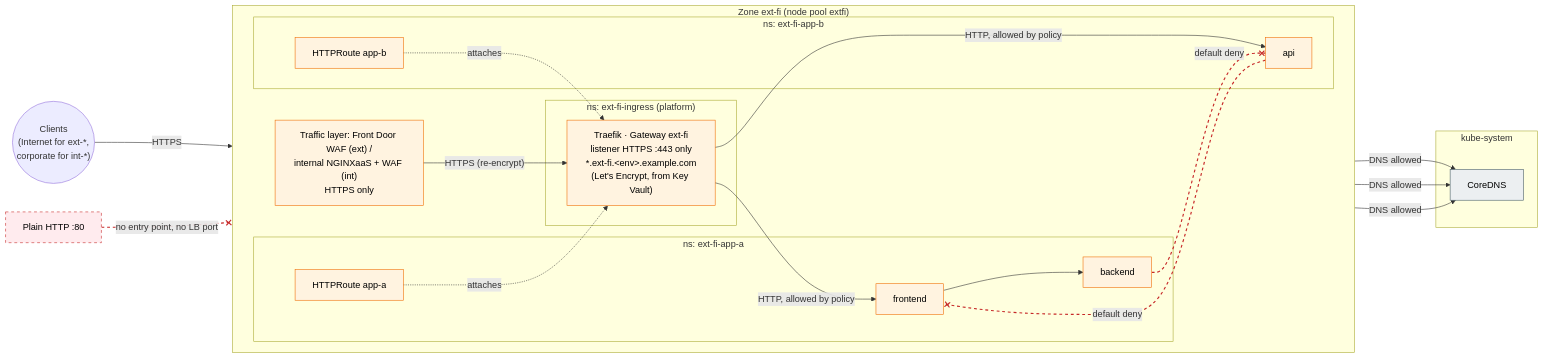
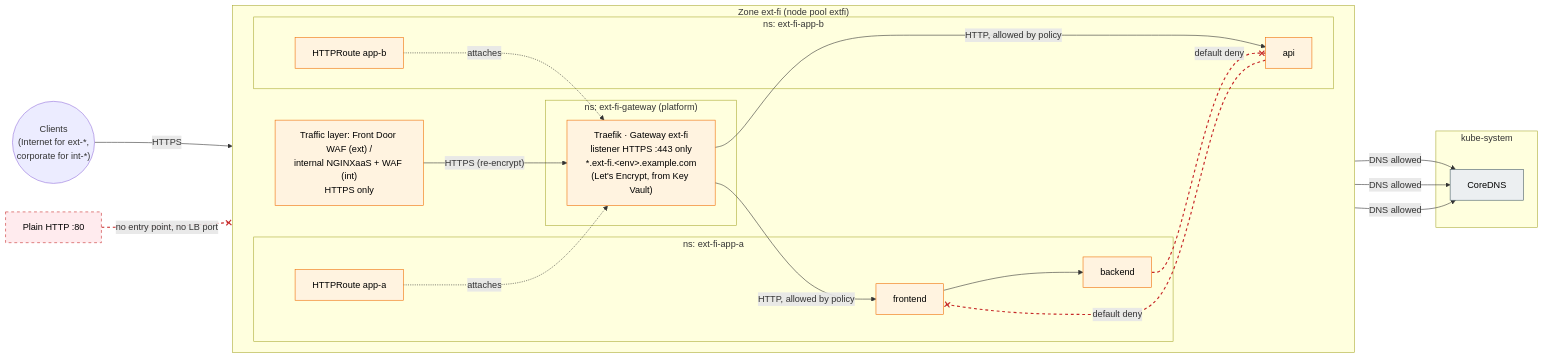
The diagram in diagrams/07-namespace-tenancy.mmd (olljanat-ai/aks-design), drawn with Mermaid before and after one commit. The commit also changed 7 other files, not shown here.

First line of the commit message:
Use Gateway API only and drop the ingress naming

```diff
--- a/diagrams/07-namespace-tenancy.mmd
+++ b/diagrams/07-namespace-tenancy.mmd
@@ -1,44 +1,44 @@
 %% Application multi-tenancy inside one zone of a stateless cluster: namespace per application, default-deny
 %% network policies, Traefik as the zone's Gateway API implementation (HTTPS only).
 flowchart LR
     client(("Clients<br/>(Internet for ext-*,<br/>corporate for int-*)"))
 
     subgraph ZONE["Zone ext-fi (node pool extfi)"]
         direction LR
         appgw["Traffic layer: Front Door WAF (ext) /<br/>internal NGINXaaS + WAF (int)<br/>HTTPS only"]
-        subgraph ING["ns: ext-fi-ingress (platform)"]
+        subgraph ING["ns: ext-fi-gateway (platform)"]
             ic["Traefik · Gateway ext-fi<br/>listener HTTPS :443 only<br/>*.ext-fi.&lt;env&gt;.example.com<br/>(Let's Encrypt, from Key Vault)"]
         end
         subgraph A["ns: ext-fi-app-a"]
             ra["HTTPRoute app-a"]
             a1["frontend"] --> a2["backend"]
         end
         subgraph B["ns: ext-fi-app-b"]
             rb["HTTPRoute app-b"]
             b1["api"]
         end
     end
 
     subgraph SYS["kube-system"]
         dns["CoreDNS"]
     end
 
     http["Plain HTTP :80"]:::off
 
     client -->|"HTTPS"| appgw -->|"HTTPS (re-encrypt)"| ic
     ic -->|"HTTP, allowed by policy"| a1
     ic -->|"HTTP, allowed by policy"| b1
     a1 & a2 & b1 -->|"DNS allowed"| dns
     a2 -.-x|"default deny"| b1
     b1 -.-x|"default deny"| a1
     http -.-x|"no entry point, no LB port"| ic
     ra -.->|"attaches"| ic
     rb -.->|"attaches"| ic
 
     linkStyle 8,9,10 stroke:#c62828,stroke-width:2px,stroke-dasharray:5 5
 
     classDef ext fill:#fff3e0,stroke:#ef6c00,color:#000
     classDef cp fill:#eceff1,stroke:#455a64,color:#000
     classDef off fill:#ffebee,stroke:#c62828,color:#000,stroke-dasharray: 5 5
     class appgw,ic,a1,a2,b1,ra,rb ext
     class dns cp
```
